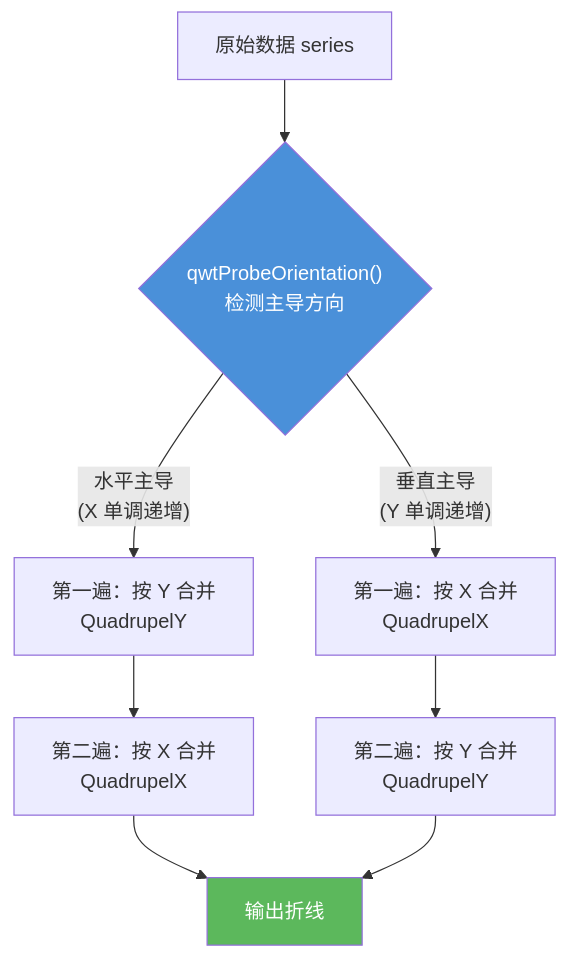
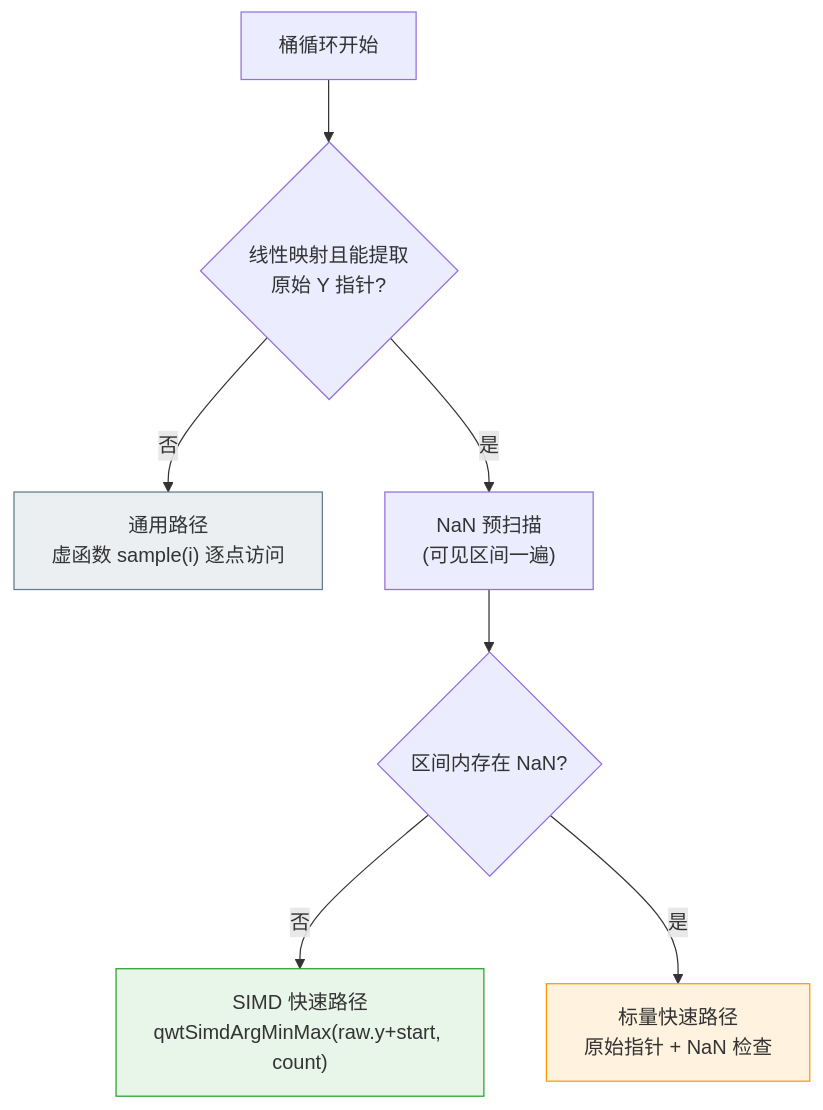
Before and after one commit to czyt1988/QWT: the second of 3 diagrams in docs/zh/use-guide/curve-downsampling.md, drawn with Mermaid. The commit also changed other lines of this file and 20 other files, not shown here.

````diff
--- a/docs/zh/use-guide/curve-downsampling.md
+++ b/docs/zh/use-guide/curve-downsampling.md
@@ -120,13 +319,13 @@
 ```mermaid
 flowchart TD
-    A["原始数据 series"] --> B{"qwtProbeOrientation()\n检测主导方向"}
-    B -->|"水平主导\n(X 单调递增)"| C1["第一遍：按 Y 合并\nQuadrupelY"]
-    C1 --> C2["第二遍：按 X 合并\nQuadrupelX"]
-    C2 --> D["输出折线"]
-    B -->|"垂直主导\n(Y 单调递增)"| E1["第一遍：按 X 合并\nQuadrupelX"]
-    E1 --> E2["第二遍：按 Y 合并\nQuadrupelY"]
-    E2 --> D
+    A["桶循环开始"] --> B{"线性映射且能提取<br/>原始 Y 指针?"}
+    B -->|"否"| C["通用路径<br/>虚函数 sample(i) 逐点访问"]
+    B -->|"是"| D["NaN 预扫描<br/>(可见区间一遍)"]
+    D --> E{"区间内存在 NaN?"}
+    E -->|"否"| F["SIMD 快速路径<br/>qwtSimdArgMinMax(raw.y+start, count)"]
+    E -->|"是"| G["标量快速路径<br/>原始指针 + NaN 检查"]
 
-    style B fill:#4a90d9,color:#fff
-    style D fill:#5cb85c,color:#fff
+    style F fill:#e8f5e9,stroke:#2ca02c
+    style G fill:#fff3e0,stroke:#ff9800
+    style C fill:#eceff1,stroke:#607d8b
 ```
````
